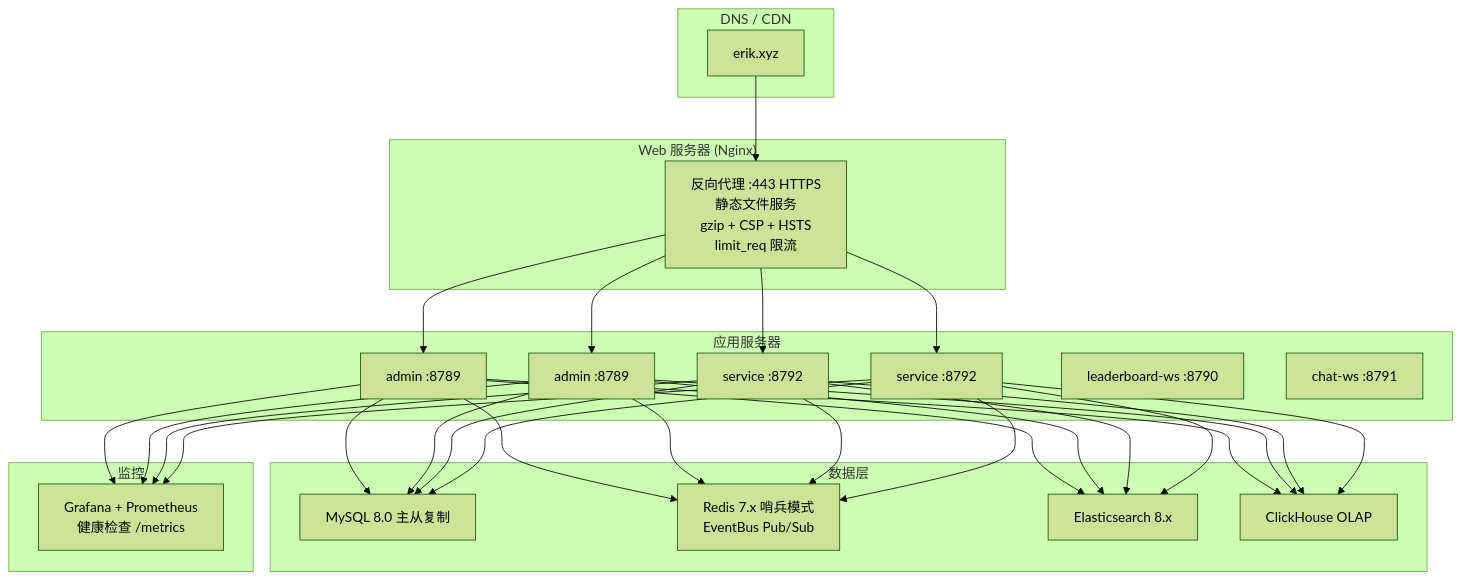
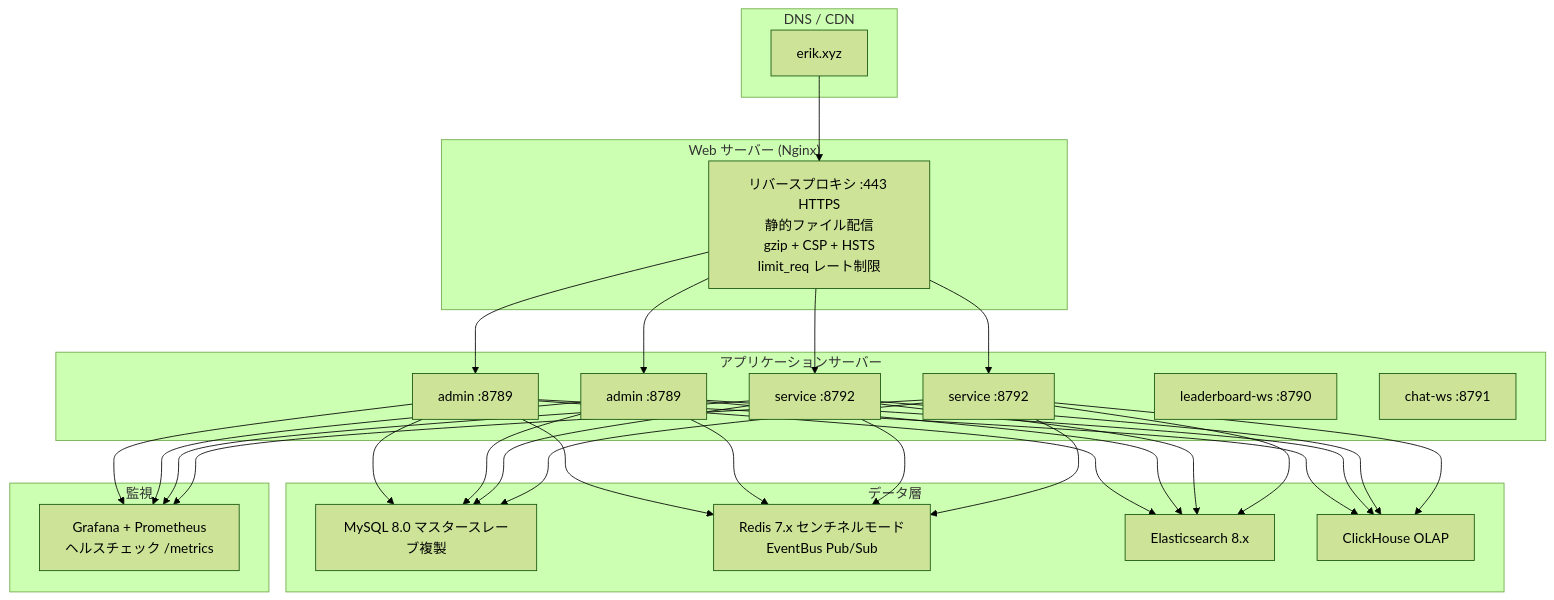
The second of 2 diagrams in docs/ARCHITECTURE.ja.md (erikwang2013/game-platform-php), drawn with Mermaid (forest theme) before and after one commit. The commit also changed other lines of this file and 211 other files, not shown here.

First line of the commit message:
fix: 支付配置读回类型根治、提现事件对账巡检，12 语族 mermaid 与 API 标签本地化

````diff
--- a/docs/ARCHITECTURE.ja.md
+++ b/docs/ARCHITECTURE.ja.md
@@ -337,35 +337,35 @@
 ```mermaid
 flowchart TB
     subgraph "DNS / CDN"
         DNS["erik.xyz"]
     end
 
-    subgraph "Web 服务器 (Nginx)"
-        NGX["反向代理 :443 HTTPS<br/>静态文件服务<br/>gzip + CSP + HSTS<br/>limit_req 限流"]
+    subgraph "Web サーバー (Nginx)"
+        NGX["リバースプロキシ :443 HTTPS<br/>静的ファイル配信<br/>gzip + CSP + HSTS<br/>limit_req レート制限"]
     end
 
-    subgraph "应用服务器"
+    subgraph "アプリケーションサーバー"
         ADM1["admin :8789"]
         ADM2["admin :8789"]
         SVC1["service :8792"]
         SVC2["service :8792"]
         WS1["leaderboard-ws :8790"]
         WS2["chat-ws :8791"]
     end
 
-    subgraph "数据层"
-        MYSQL["MySQL 8.0 主从复制"]
-        REDIS["Redis 7.x 哨兵模式<br/>EventBus Pub/Sub"]
+    subgraph "データ層"
+        MYSQL["MySQL 8.0 マスタースレーブ複製"]
+        REDIS["Redis 7.x センチネルモード<br/>EventBus Pub/Sub"]
         ES["Elasticsearch 8.x"]
         CH["ClickHouse OLAP"]
     end
 
-    subgraph "监控"
-        MON["Grafana + Prometheus<br/>健康检查 /metrics"]
+    subgraph "監視"
+        MON["Grafana + Prometheus<br/>ヘルスチェック /metrics"]
     end
 
     DNS --> NGX
     NGX --> ADM1 & ADM2 & SVC1 & SVC2
     ADM1 & ADM2 & SVC1 & SVC2 --> MYSQL & REDIS & ES & CH
     ADM1 & ADM2 & SVC1 & SVC2 --> MON
 ```
````
